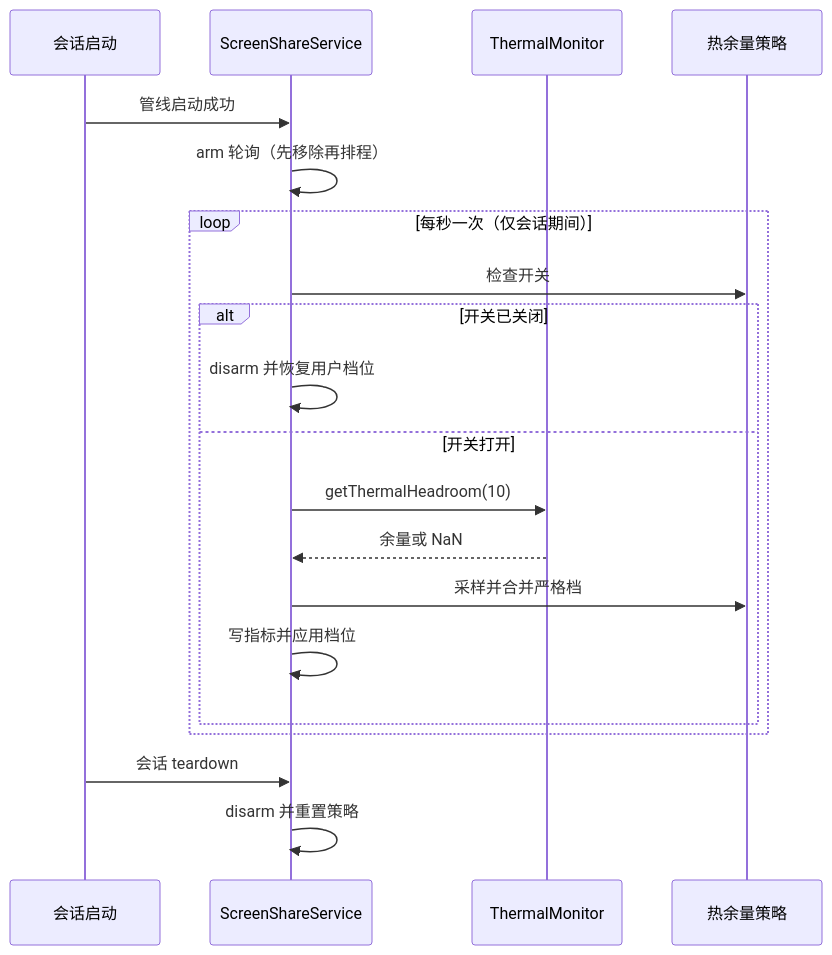
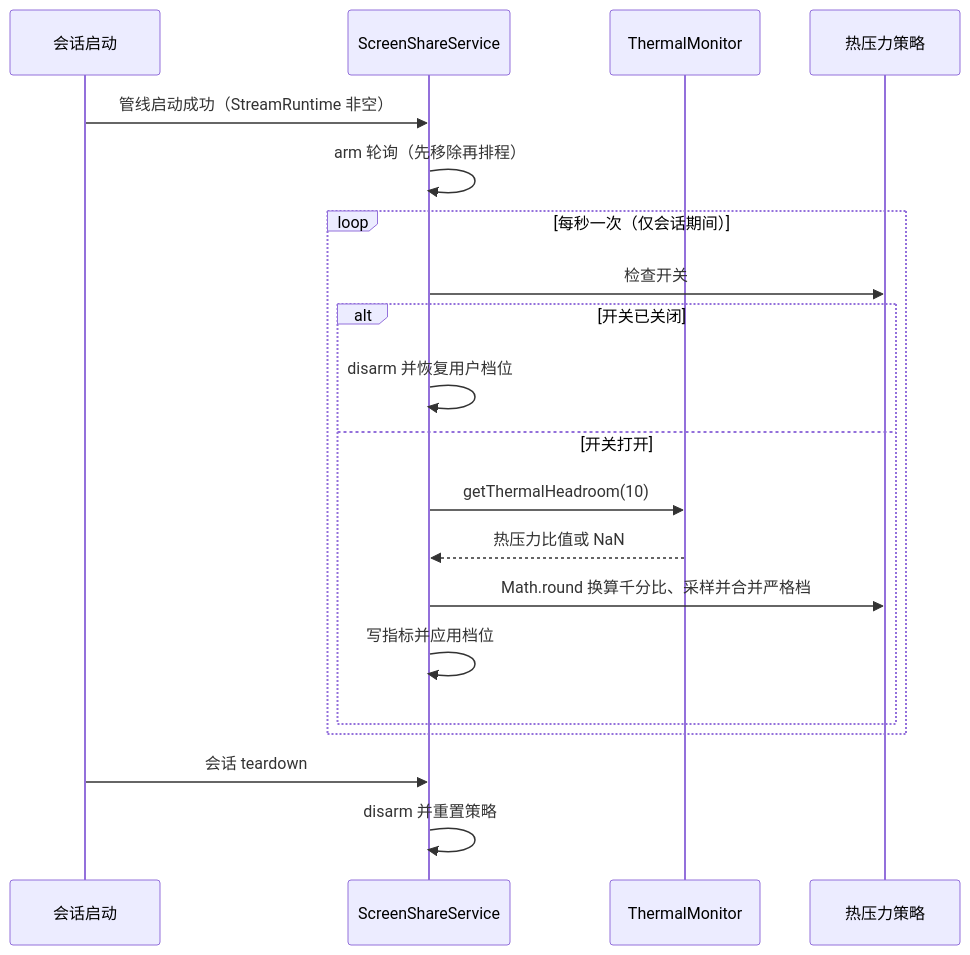
The fourth of 6 diagrams in docs/superpowers/specs/2026-10-23-performance-candidates-design.md (obby-xiang/LocalScreenShareAndroid), drawn with Mermaid before and after one commit. The commit also changed other lines of this file and 1 other file, not shown here.

````diff
--- a/docs/superpowers/specs/2026-10-23-performance-candidates-design.md
+++ b/docs/superpowers/specs/2026-10-23-performance-candidates-design.md
@@ -316,22 +325,22 @@
 ```mermaid
 sequenceDiagram
     participant S as 会话启动
     participant V as ScreenShareService
     participant M as ThermalMonitor
-    participant P as 热余量策略
-    S->>V: 管线启动成功
+    participant P as 热压力策略
+    S->>V: 管线启动成功（StreamRuntime 非空）
     V->>V: arm 轮询（先移除再排程）
     loop 每秒一次（仅会话期间）
         V->>P: 检查开关
         alt 开关已关闭
             V->>V: disarm 并恢复用户档位
         else 开关打开
             V->>M: getThermalHeadroom(10)
-            M-->>V: 余量或 NaN
-            V->>P: 采样并合并严格档
+            M-->>V: 热压力比值或 NaN
+            V->>P: Math.round 换算千分比、采样并合并严格档
             V->>V: 写指标并应用档位
         end
     end
     S->>V: 会话 teardown
     V->>V: disarm 并重置策略
 ```
````
